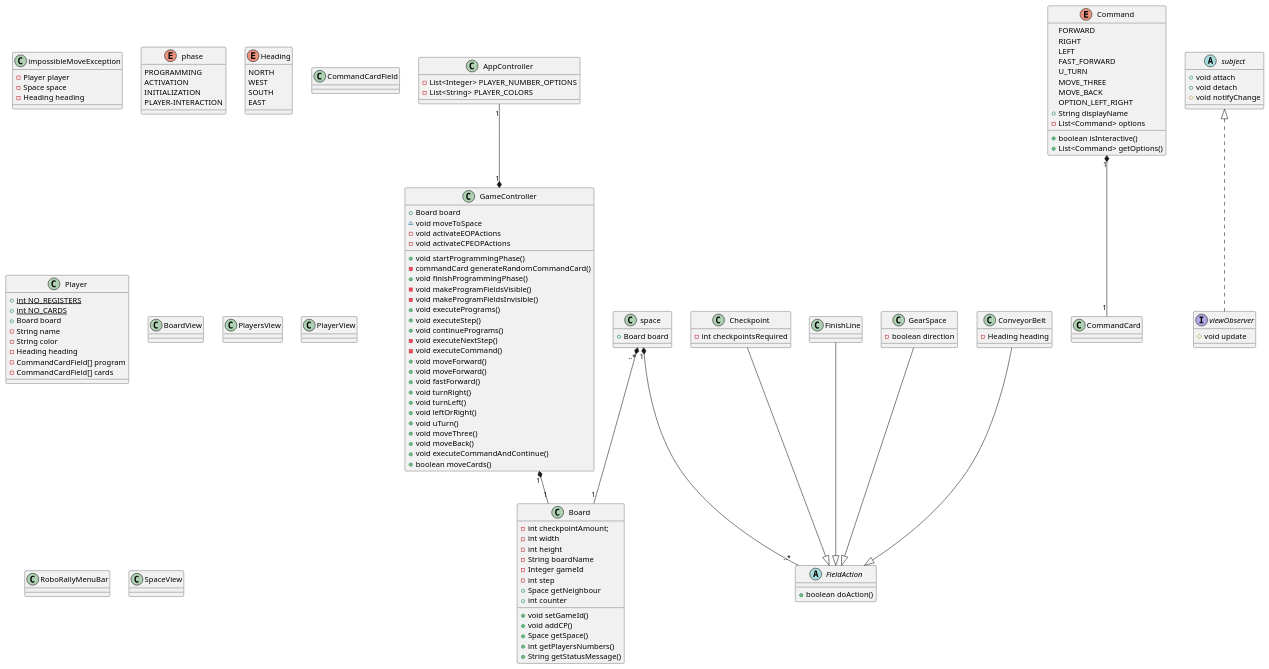
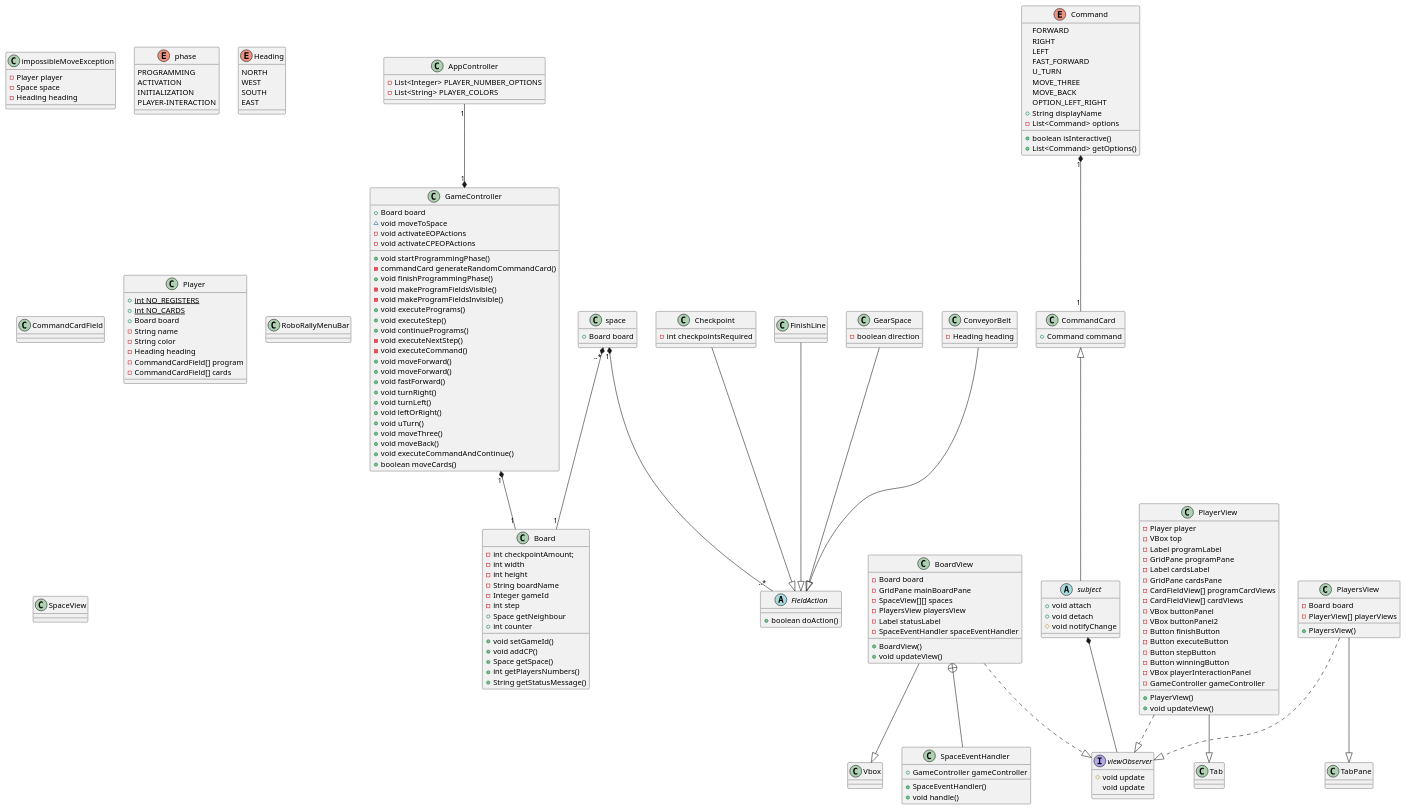
The diagram in 02324-f22-master-e1f89f504da192119e73ae0ea99f3085281965a4/RoboRally/roborally-1.1.0-java17/roborally/Models/classDiagram.puml (SiGoldbach/roborally), drawn with PlantUML before and after one commit. The commit also changed 1 other file, not shown here.

Commit message:
Update class diagram

```diff
--- a/02324-f22-master-e1f89f504da192119e73ae0ea99f3085281965a4/RoboRally/roborally-1.1.0-java17/roborally/Models/classDiagram.puml
+++ b/02324-f22-master-e1f89f504da192119e73ae0ea99f3085281965a4/RoboRally/roborally-1.1.0-java17/roborally/Models/classDiagram.puml
@@ -1,151 +1,198 @@
 @startuml
 'https://plantuml.com/sequence-diagram
 
 
 class AppController{
 -List<Integer> PLAYER_NUMBER_OPTIONS
 -List<String> PLAYER_COLORS
 
 }
 Class Checkpoint{
 -int checkpointsRequired
 }
 Abstract Class "FieldAction"{
 +boolean doAction()
 }
 Class FinishLine{
 
 }
 class GameController{
 +Board board
 + void startProgrammingPhase()
 -commandCard generateRandomCommandCard()
 +void finishProgrammingPhase()
 -void makeProgramFieldsVisible()
 -void makeProgramFieldsInvisible()
 +void executePrograms()
 +void executeStep()
 +void continuePrograms()
 -void executeNextStep()
 -void executeCommand()
 +void moveForward()
 +void moveForward()
 +void fastForward()
 +void turnRight()
 +void turnLeft()
 +void leftOrRight()
 +void uTurn()
 +void moveThree()
 +void moveBack()
 +void executeCommandAndContinue()
 +boolean moveCards()
 ~void moveToSpace
 -void activateEOPActions
 -void activateCPEOPActions
 
 }
 class impossibleMoveException{
 -Player player
 -Space space
 -Heading heading
 
 }
 class GearSpace{
 -boolean direction
 }
 class ConveyorBelt{
 -Heading heading
 }
 
 
 class Board{
 -int checkpointAmount;
 -int width
 -int height
 -String boardName
 -Integer gameId
 -int step
 +void setGameId()
 +void addCP()
 +Space getSpace()
 +int getPlayersNumbers()
 +Space getNeighbour
 +String getStatusMessage()
 +int counter
 }
 enum phase{
 PROGRAMMING
 ACTIVATION
 INITIALIZATION
 PLAYER-INTERACTION
 }
 enum Heading{
 NORTH
 WEST
 SOUTH
 EAST
 }
 enum Command{
 FORWARD
 RIGHT
 LEFT
 FAST_FORWARD
 U_TURN
 MOVE_THREE
 MOVE_BACK
 OPTION_LEFT_RIGHT
 +String displayName
 -List<Command> options
 +boolean isInteractive()
 +List<Command> getOptions()
 
 }
 abstract class subject{
 +void attach
 +void detach
 #void notifyChange
 }
-Class CommandCard
+class CommandCard {
++Command command
+
+}
 Class CommandCardField
 class Player{
 {static} +int NO_REGISTERS
 {static} +int NO_CARDS
 +Board board
 -String name
 -String color
 -Heading heading
 -CommandCardField[] program
 -CommandCardField[] cards
 
-
-
-
 }
 class space{
 +Board board
 }
 interface viewObserver{
 #void update
+void update
 }
 
+class BoardView{
+-Board board
+-GridPane mainBoardPane
+-SpaceView[][] spaces
+-PlayersView playersView
+-Label statusLabel
+-SpaceEventHandler spaceEventHandler
++BoardView()
++void updateView()
 
-Class BoardView
-Class PlayersView
-Class PlayerView
+}
+class SpaceEventHandler{
++GameController gameController
++SpaceEventHandler()
++void handle()
+
+}
+class PlayerView {
+-Player player
+-VBox top
+-Label programLabel
+-GridPane programPane
+-Label cardsLabel
+-GridPane cardsPane
+-CardFieldView[] programCardViews
+-CardFieldView[] cardViews
+-VBox buttonPanel
+-VBox buttonPanel2
+-Button finishButton
+-Button executeButton
+-Button stepButton
+-Button winningButton
+-VBox playerInteractionPanel
+-GameController gameController
++PlayerView()
++void updateView()
+
+
+}
+Class PlayersView {
+-Board board
+-PlayerView[] playerViews
++PlayersView()
+}
 Class RoboRallyMenuBar
 Class SpaceView
 
+BoardView +-- "SpaceEventHandler"
 Checkpoint --|>  "FieldAction"
 FinishLine  --|> "FieldAction"
 GearSpace --|> "FieldAction"
 ConveyorBelt--|>"FieldAction"
-
+BoardView --|> "Vbox"
+BoardView ..|> "viewObserver"
+PlayerView ..|> "viewObserver"
+PlayerView --|> Tab
+PlayersView ..|> "viewObserver"
+PlayersView --|> TabPane
 space "..*"*--"1"Board
 space "1"*--"..*""FieldAction"
 
 GameController "1"*--"1"Board
 AppController "1"--*"1" GameController
 Command"1"*--"1"CommandCard
-
-subject<|..viewObserver
+CommandCard <|-- subject
+subject *-- viewObserver
 @enduml
```
